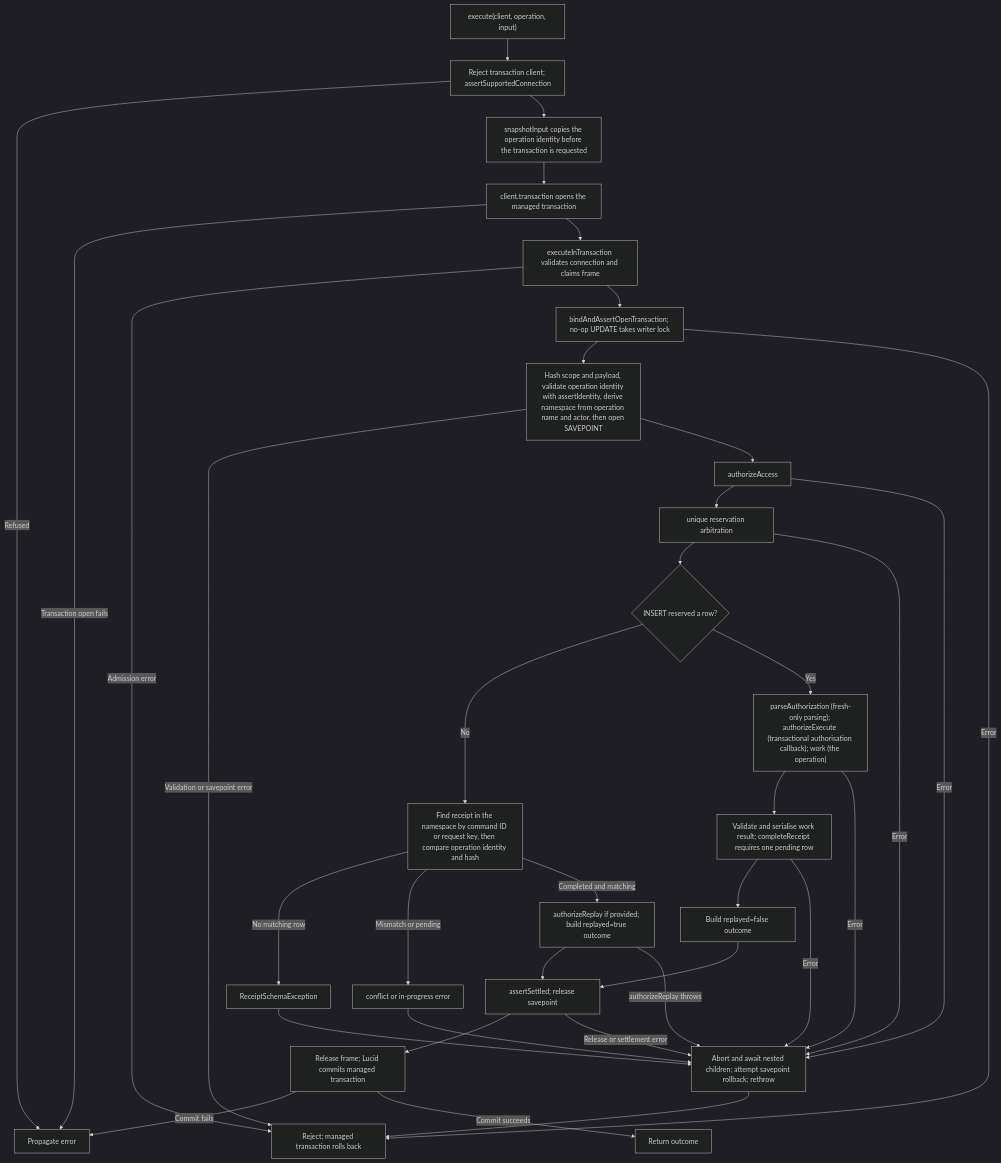
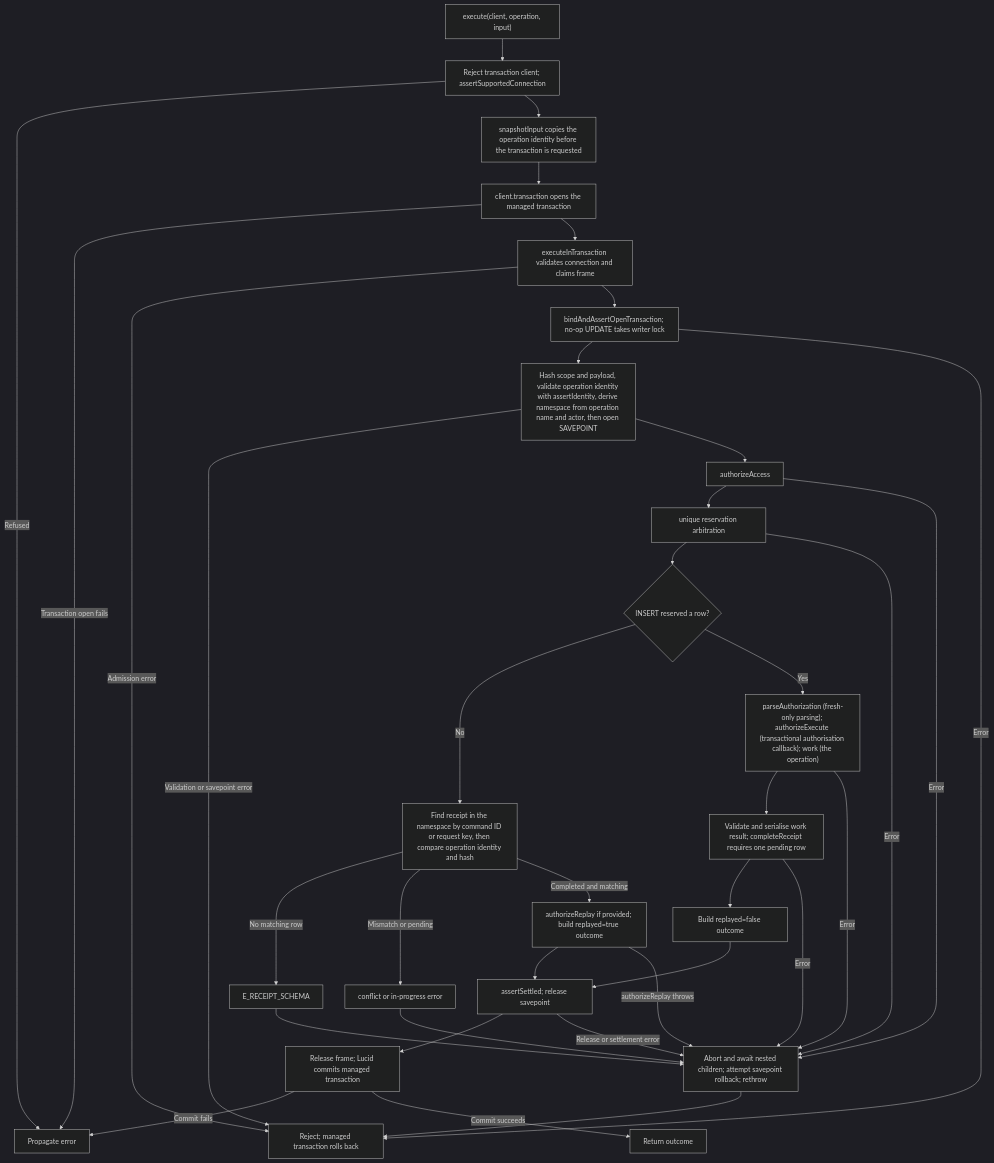
Before and after one commit to Kevinjohn/oss-adonisjs-duplicate-request-guard: the second of 2 diagrams in user-stories/US-GUARD-01-execute-command.md, drawn with Mermaid (dark theme). The commit also changed other lines of this file and 18 other files, not shown here.

````diff
--- a/user-stories/US-GUARD-01-execute-command.md
+++ b/user-stories/US-GUARD-01-execute-command.md
@@ -61,38 +61,38 @@
 ```mermaid
 flowchart TD
     A["execute(client, operation, input)"] --> B["Reject transaction client; assertSupportedConnection"]
     B -->|Refused| X2["Propagate error"]
     B --> B2["snapshotInput copies the operation identity before the transaction is requested"]
     B2 --> B3["client.transaction opens the managed transaction"]
     B3 -->|Transaction open fails| X2
     B3 --> C["executeInTransaction validates connection and claims frame"]
     C -->|Admission error| T
     C --> V["bindAndAssertOpenTransaction; no-op UPDATE takes writer lock"]
     V --> D["Hash scope and payload, validate operation identity with assertIdentity, derive namespace from operation name and actor, then open SAVEPOINT"]
     V -->|Error| T["Reject; managed transaction rolls back"]
     D -->|Validation or savepoint error| T
     D --> D2["authorizeAccess"]
     D2 --> E["unique reservation arbitration"]
     E --> F{"INSERT reserved a row?"}
     E -->|Error| Y
     F -->|No| G["Find receipt in the namespace by command ID or request key, then compare operation identity and hash"]
-    G -->|No matching row| S["ReceiptSchemaException"]
+    G -->|No matching row| S["E_RECEIPT_SCHEMA"]
     S --> Y
     G -->|Mismatch or pending| X["conflict or in-progress error"]
     G -->|Completed and matching| L["authorizeReplay if provided; build replayed=true outcome"]
     F -->|Yes| H["parseAuthorization (fresh-only parsing); authorizeExecute (transactional authorisation callback); work (the operation)"]
     H --> I["Validate and serialise work result; completeReceipt requires one pending row"]
     I --> J["Build replayed=false outcome"]
     L --> K["assertSettled; release savepoint"]
     J --> K
     K --> M["Release frame; Lucid commits managed transaction"]
     M -->|Commit fails| X2
     M -->|Commit succeeds| O["Return outcome"]
     K -->|Release or settlement error| Y
     D2 -->|Error| Y["Abort and await nested children; attempt savepoint rollback; rethrow"]
     X --> Y
     L -->|authorizeReplay throws| Y
     H -->|Error| Y
     I -->|Error| Y
     Y --> T
 ```
````
